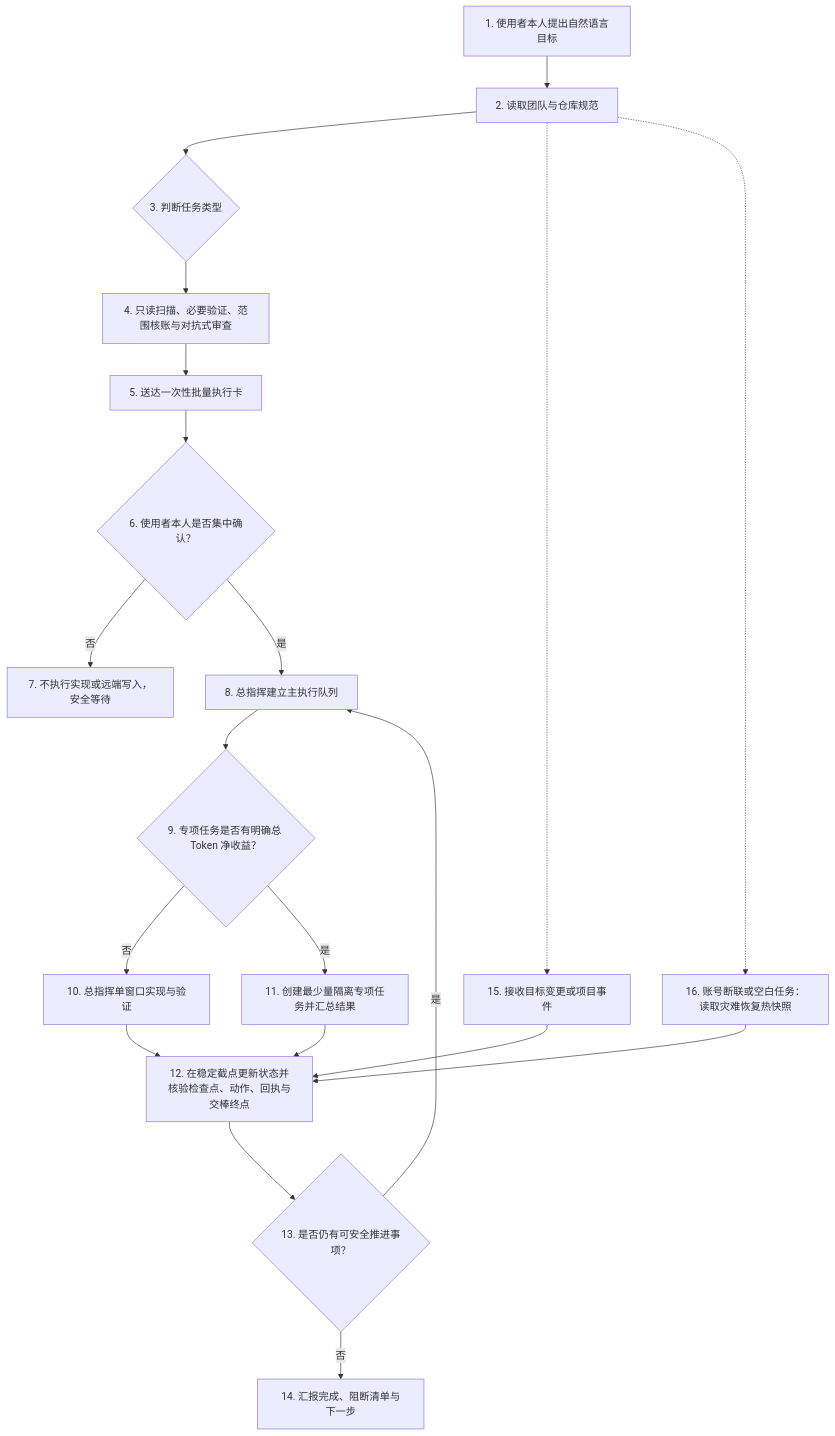
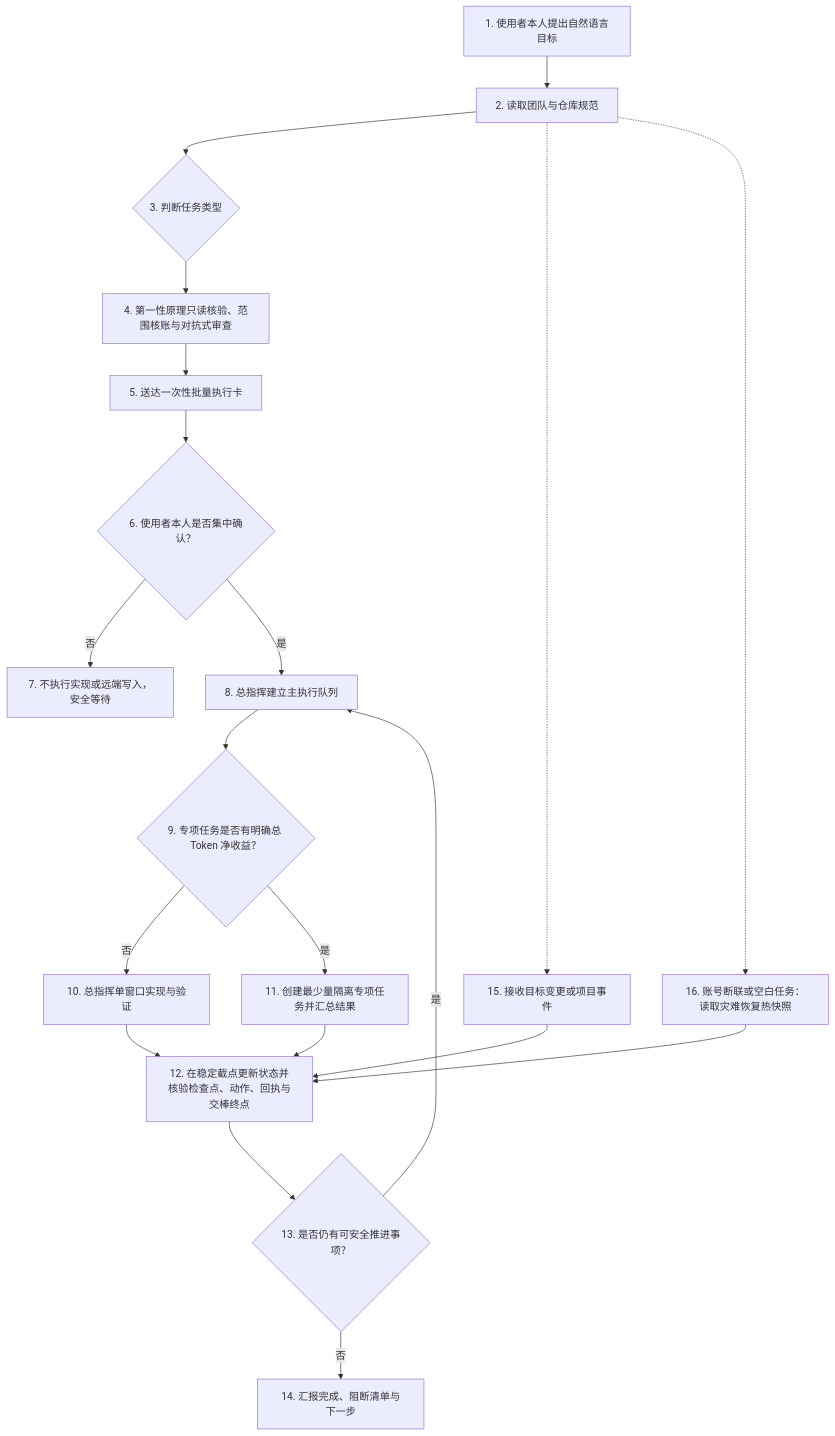
The diagram in 总指挥工作流/第二代总指挥的工作模式/00-第二代工作流总览.md (RongNianXin/codex-workflows), drawn with Mermaid before and after one commit. The commit also changed other lines of this file and 24 other files, not shown here.

````diff
--- a/总指挥工作流/第二代总指挥的工作模式/00-第二代工作流总览.md
+++ b/总指挥工作流/第二代总指挥的工作模式/00-第二代工作流总览.md
@@ -19,23 +21,23 @@
 ```mermaid
 flowchart TD
     _01["1. 使用者本人提出自然语言目标"] --> _02["2. 读取团队与仓库规范"]
     _02 --> _03{"3. 判断任务类型"}
-    _03 --> _04["4. 只读扫描、必要验证、范围核账与对抗式审查"]
+    _03 --> _04["4. 第一性原理只读核验、范围核账与对抗式审查"]
     _04 --> _05["5. 送达一次性批量执行卡"]
     _05 --> _06{"6. 使用者本人是否集中确认？"}
     _06 -->|否| _07["7. 不执行实现或远端写入，安全等待"]
     _06 -->|是| _08["8. 总指挥建立主执行队列"]
     _08 --> _09{"9. 专项任务是否有明确总 Token 净收益？"}
     _09 -->|否| _10["10. 总指挥单窗口实现与验证"]
     _09 -->|是| _11["11. 创建最少量隔离专项任务并汇总结果"]
     _10 --> _12
     _11 --> _12
     _12["12. 在稳定截点更新状态并核验检查点、动作、回执与交棒终点"]
     _12 --> _13{"13. 是否仍有可安全推进事项？"}
     _13 -->|是| _08
     _13 -->|否| _14["14. 汇报完成、阻断清单与下一步"]
     _02 -.-> _15["15. 接收目标变更或项目事件"]
     _15 --> _12
     _02 -.-> _16["16. 账号断联或空白任务：读取灾难恢复热快照"]
     _16 --> _12
 ```
````
